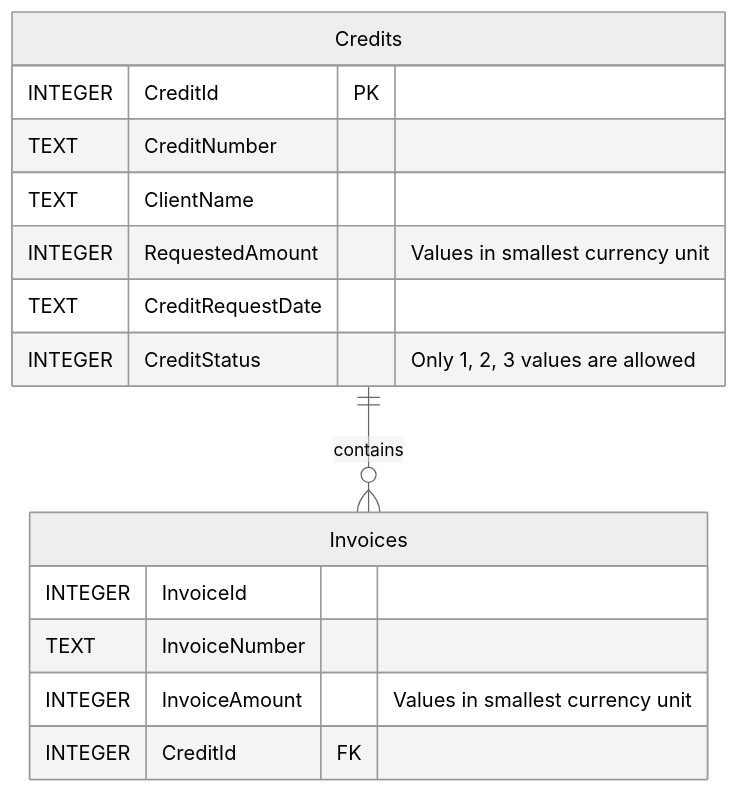
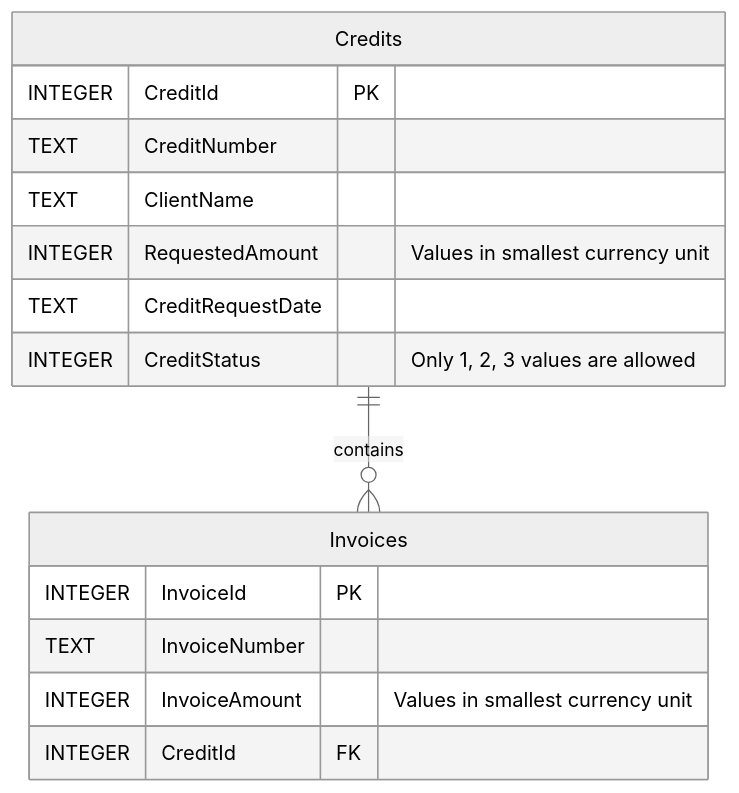
One commit to IrinaKalenykh/CreditsAPI changed the diagram in README.md. Above: the diagram before and after it, drawn with Mermaid (neutral theme).

Commit message:
Added PK to Invoices table description in README file.

````diff
--- a/README.md
+++ b/README.md
@@ -15,18 +15,18 @@
 ```mermaid
 erDiagram
     Credits ||--o{ Invoices : contains
     Credits {
         INTEGER CreditId PK
         TEXT CreditNumber
         TEXT ClientName
         INTEGER RequestedAmount "Values in smallest currency unit"
         TEXT CreditRequestDate
         INTEGER CreditStatus "Only 1, 2, 3 values are allowed"
     }
     Invoices {
-        INTEGER InvoiceId
+        INTEGER InvoiceId PK
         TEXT InvoiceNumber
         INTEGER InvoiceAmount "Values in smallest currency unit"
         INTEGER CreditId FK
     }
 ```
````
